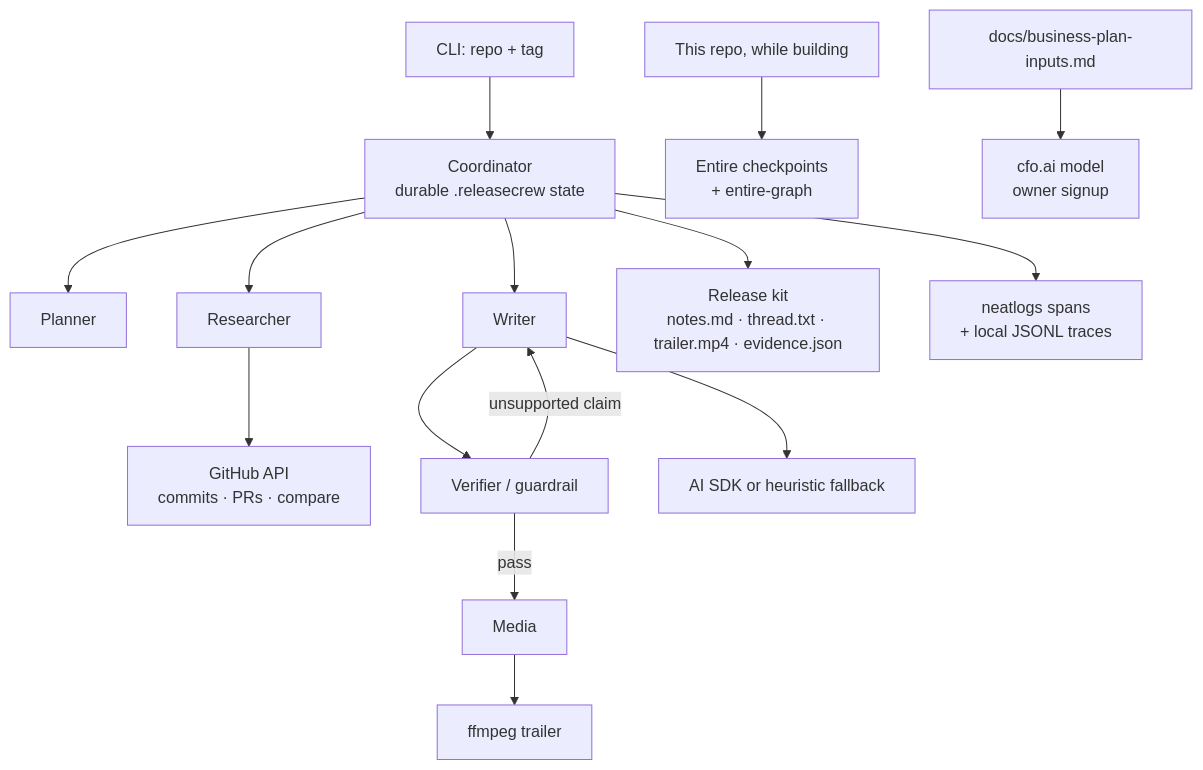
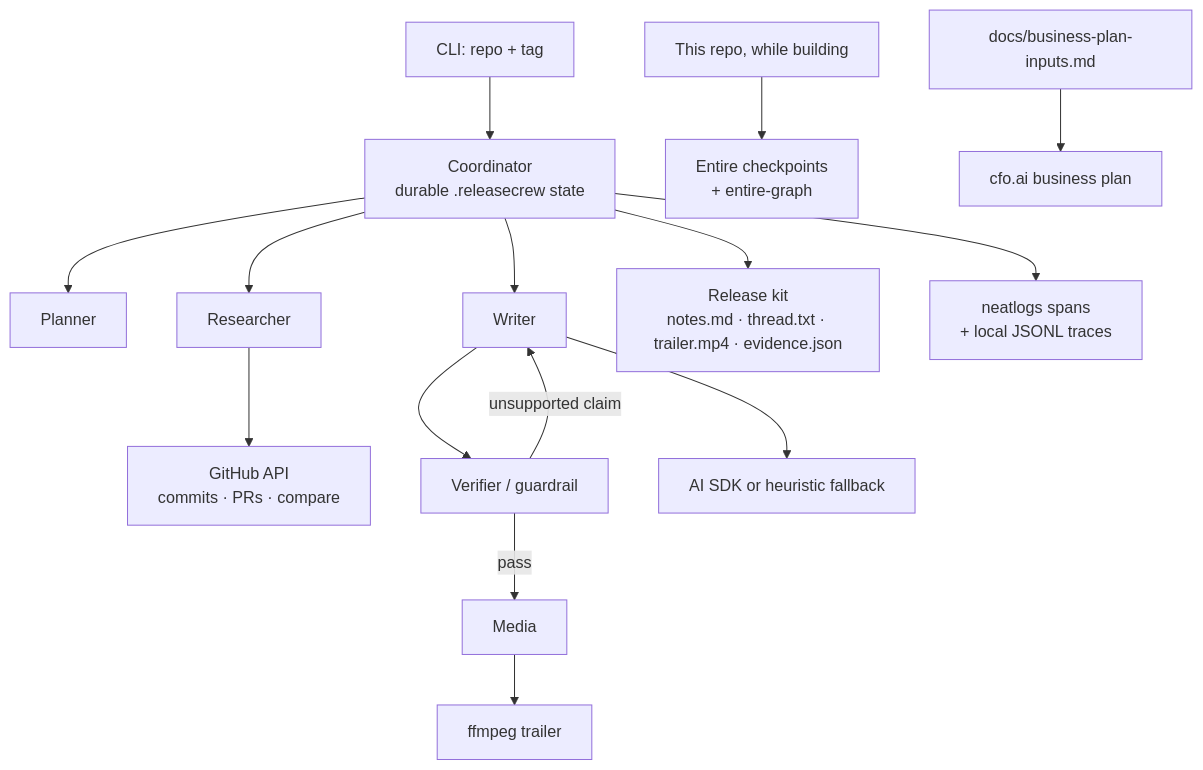
The diagram in README.md (Chinteyley/releasecrew), drawn with Mermaid before and after one commit. The commit also changed other lines of this file and 15 other files, not shown here.

First line of the commit message:
Add the cfo.ai business plan and update README evidence

````diff
--- a/README.md
+++ b/README.md
@@ -15,19 +25,19 @@
 ```mermaid
 flowchart TD
   CLI["CLI: repo + tag"] --> Coord["Coordinator<br/>durable .releasecrew state"]
   Coord --> Planner["Planner"]
   Coord --> Research["Researcher"]
   Research --> GH["GitHub API<br/>commits · PRs · compare"]
   Coord --> Writer["Writer"]
   Writer --> Verifier["Verifier / guardrail"]
   Verifier -->|unsupported claim| Writer
   Verifier -->|pass| Media["Media"]
   Media --> FFMPEG["ffmpeg trailer"]
   Coord --> Kit["Release kit<br/>notes.md · thread.txt · trailer.mp4 · evidence.json"]
 
   Coord --> Neat["neatlogs spans<br/>+ local JSONL traces"]
   Writer --> AISDK["AI SDK or heuristic fallback"]
 
   Dev["This repo, while building"] --> Entire["Entire checkpoints<br/>+ entire-graph"]
-  Inputs["docs/business-plan-inputs.md"] --> CFO["cfo.ai model<br/>owner signup"]
+  Inputs["docs/business-plan-inputs.md"] --> CFO["cfo.ai business plan"]
 ```
````
